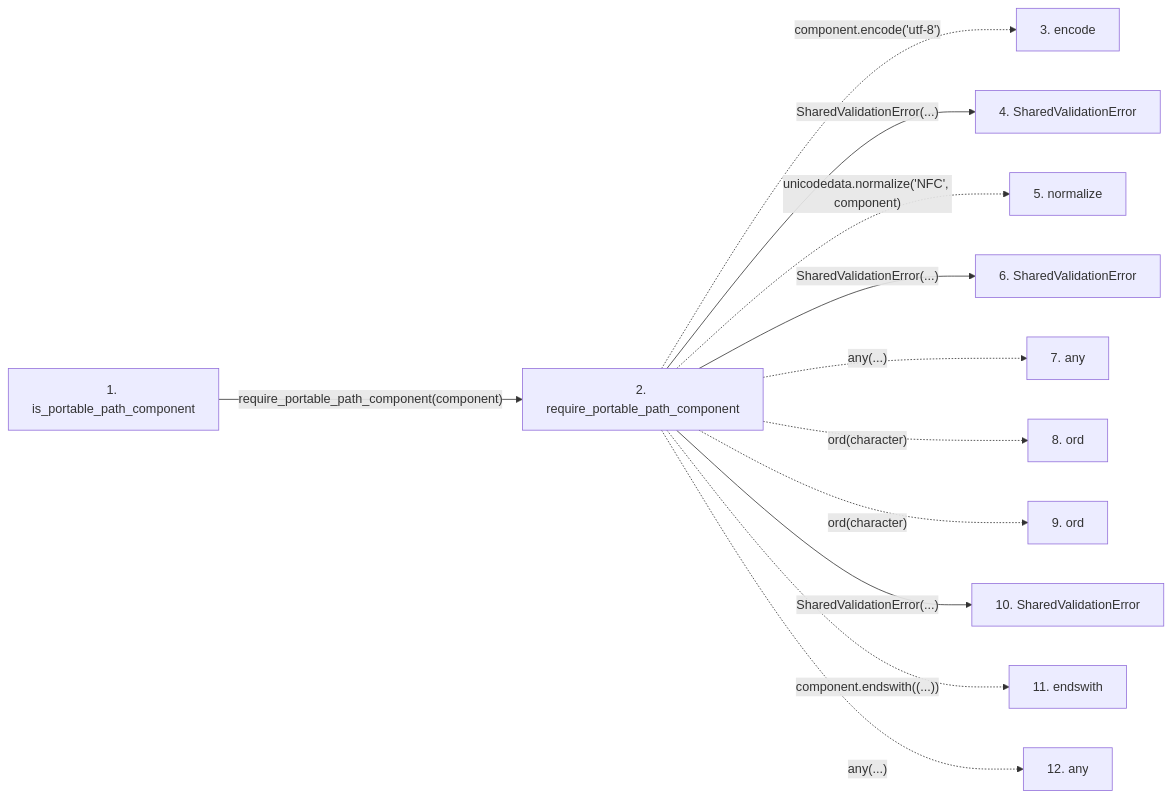
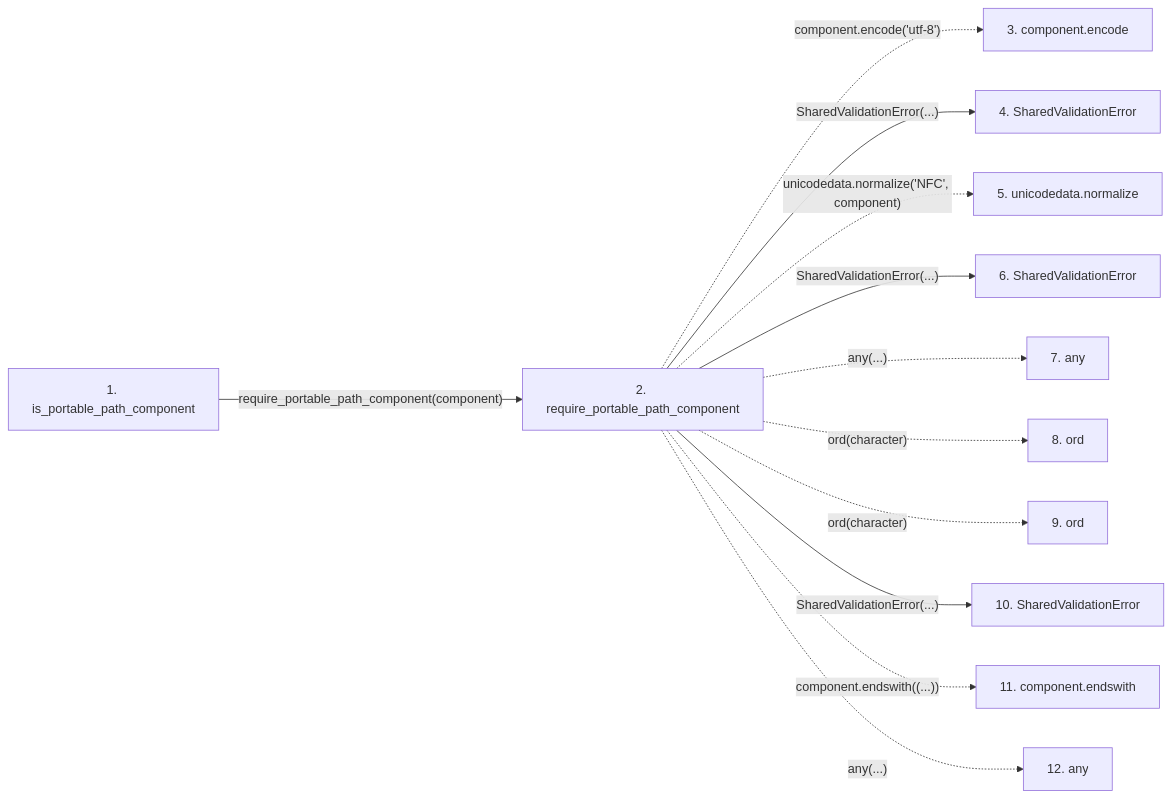
One commit to Denissvgn/python-wiki-llm changed the second of 2 diagrams in docs/llm_wiki/flows/api-is_portable_path_component.md. Above: the diagram before and after it, drawn with Mermaid. The commit also changed other lines of this file and 719 other files, not shown here.

````diff
--- a/docs/llm_wiki/flows/api-is_portable_path_component.md
+++ b/docs/llm_wiki/flows/api-is_portable_path_component.md
@@ -42,31 +42,31 @@
 ```mermaid
 flowchart LR
     s1["1. is_portable_path_component"]
     s2["2. require_portable_path_component"]
-    s3["3. encode"]
+    s3["3. component.encode"]
     s4["4. SharedValidationError"]
-    s5["5. normalize"]
+    s5["5. unicodedata.normalize"]
     s6["6. SharedValidationError"]
     s7["7. any"]
     s8["8. ord"]
     s9["9. ord"]
     s10["10. SharedValidationError"]
-    s11["11. endswith"]
+    s11["11. component.endswith"]
     s12["12. any"]
     s1 -->|"require_portable_path_component(component)"| s2
     s2 -. "component.encode('utf-8')" .-> s3
     s2 -->|"SharedValidationError(...)"| s4
     s2 -. "unicodedata.normalize('NFC', component)" .-> s5
     s2 -->|"SharedValidationError(...)"| s6
     s2 -. "any(...)" .-> s7
     s2 -. "ord(character)" .-> s8
     s2 -. "ord(character)" .-> s9
     s2 -->|"SharedValidationError(...)"| s10
     s2 -. "component.endswith((...))" .-> s11
     s2 -. "any(...)" .-> s12
     click s1 "../modules/validation.md"
     click s2 "../modules/validation.md"
     click s4 "../modules/validation.md"
     click s6 "../modules/validation.md"
     click s10 "../modules/validation.md"
 ```
````
